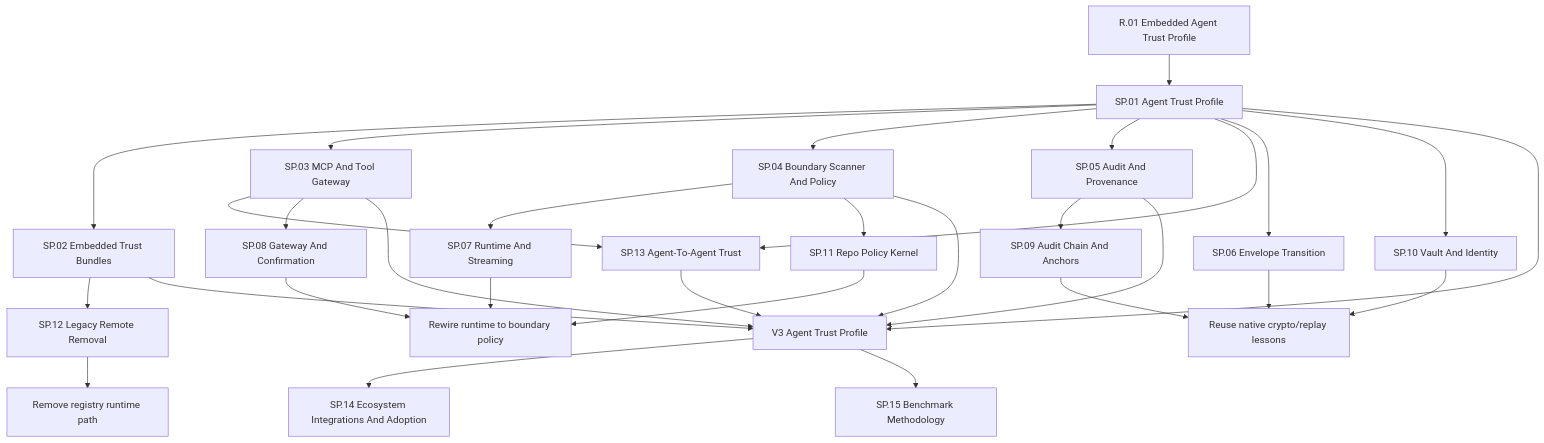
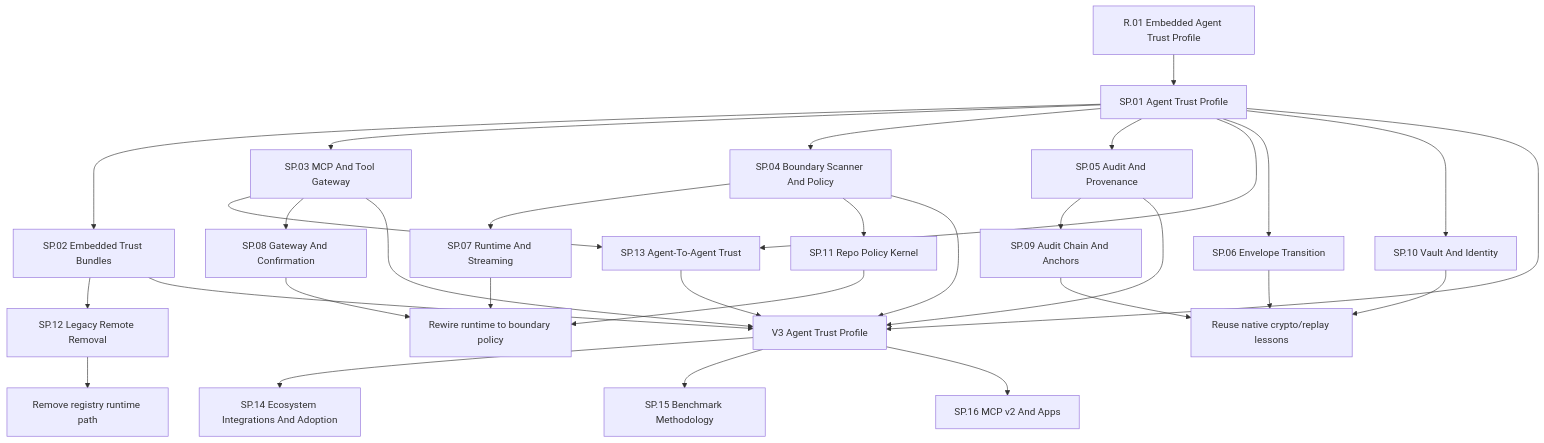
One commit to futhr/sigil_guard changed the diagram in docs/specs/README.md. Above: the diagram before and after it, drawn with Mermaid. The commit also changed other lines of this file and 8 other files, not shown here.

````diff
--- a/docs/specs/README.md
+++ b/docs/specs/README.md
@@ -13,57 +13,59 @@
 ```mermaid
 flowchart TD
     R01[R.01 Embedded Agent Trust Profile]
 
     SP01[SP.01 Agent Trust Profile]
     SP02[SP.02 Embedded Trust Bundles]
     SP03[SP.03 MCP And Tool Gateway]
     SP04[SP.04 Boundary Scanner And Policy]
     SP05[SP.05 Audit And Provenance]
 
     SP13[SP.13 Agent-To-Agent Trust]
 
     SP06[SP.06 Envelope Transition]
     SP07[SP.07 Runtime And Streaming]
     SP08[SP.08 Gateway And Confirmation]
     SP09[SP.09 Audit Chain And Anchors]
     SP10[SP.10 Vault And Identity]
     SP11[SP.11 Repo Policy Kernel]
     SP12[SP.12 Legacy Remote Removal]
 
     SP14[SP.14 Ecosystem Integrations And Adoption]
     SP15[SP.15 Benchmark Methodology]
+    SP16[SP.16 MCP v2 And Apps]
 
     R01 --> SP01
     SP01 --> SP02
     SP01 --> SP03
     SP01 --> SP04
     SP01 --> SP05
     SP01 --> SP13
     SP03 --> SP13
 
     SP01 --> SP06
     SP03 --> SP08
     SP04 --> SP07
     SP04 --> SP11
     SP05 --> SP09
     SP01 --> SP10
     SP02 --> SP12
 
     SP06 --> Reuse[Reuse native crypto/replay lessons]
     SP07 --> Rewire[Rewire runtime to boundary policy]
     SP08 --> Rewire
     SP09 --> Reuse
     SP10 --> Reuse
     SP11 --> Rewire
     SP12 --> Remove[Remove registry runtime path]
 
     SP01 --> V3[V3 Agent Trust Profile]
     SP02 --> V3
     SP03 --> V3
     SP04 --> V3
     SP05 --> V3
     SP13 --> V3
 
     V3 --> SP14
     V3 --> SP15
+    V3 --> SP16
 ```
````
